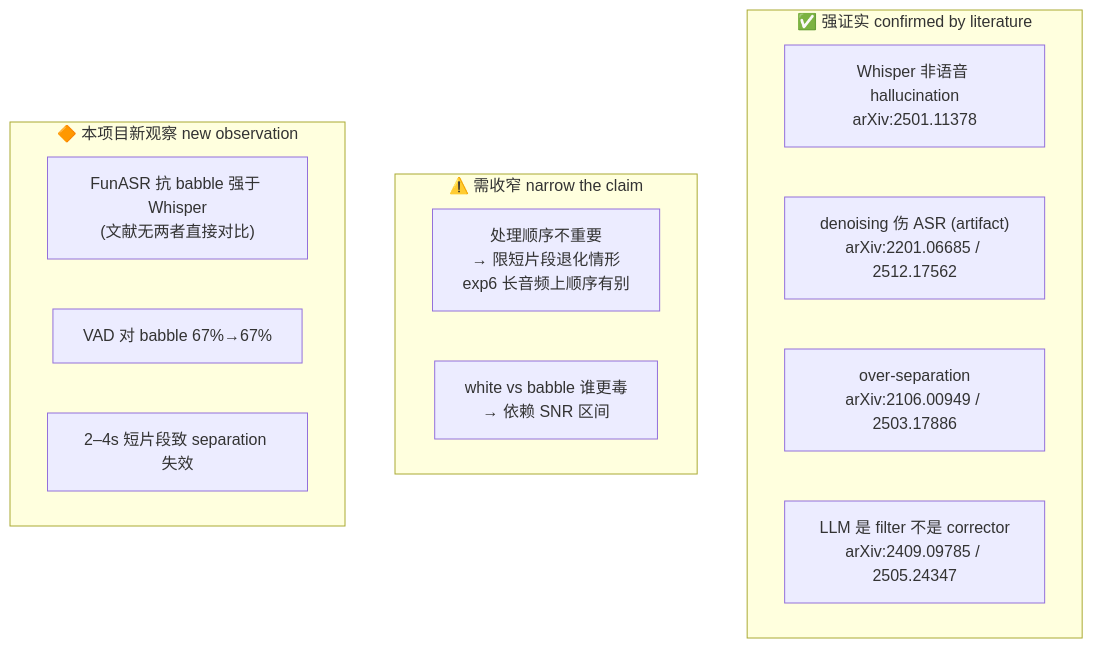
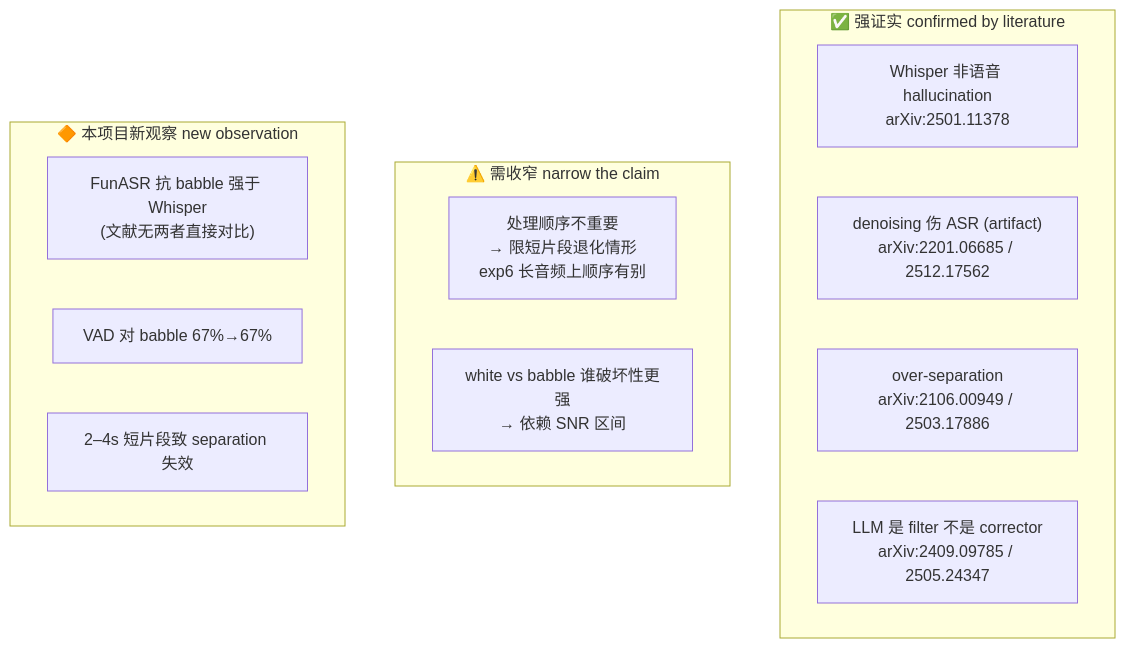
The third of 3 diagrams in REPORT.md (cecilefififi-lab/ml2026_asr_project), drawn with Mermaid before and after one commit. The commit also changed other lines of this file and 15 other files, not shown here.

````diff
--- a/REPORT.md
+++ b/REPORT.md
@@ -336,18 +409,18 @@
 ```mermaid
 flowchart TB
     subgraph CONFIRM["✅ 强证实 confirmed by literature"]
         c1["Whisper 非语音 hallucination<br/>arXiv:2501.11378"]
         c2["denoising 伤 ASR (artifact)<br/>arXiv:2201.06685 / 2512.17562"]
         c3["over-separation<br/>arXiv:2106.00949 / 2503.17886"]
         c4["LLM 是 filter 不是 corrector<br/>arXiv:2409.09785 / 2505.24347"]
     end
     subgraph NARROW["⚠️ 需收窄 narrow the claim"]
         n1["处理顺序不重要<br/>→ 限短片段退化情形<br/>exp6 长音频上顺序有别"]
-        n2["white vs babble 谁更毒<br/>→ 依赖 SNR 区间"]
+        n2["white vs babble 谁破坏性更强<br/>→ 依赖 SNR 区间"]
     end
     subgraph NEW["🔶 本项目新观察 new observation"]
         e1["FunASR 抗 babble 强于 Whisper<br/>(文献无两者直接对比)"]
         e2["VAD 对 babble 67%→67%"]
         e3["2–4s 短片段致 separation 失效"]
     end
 ```
````
